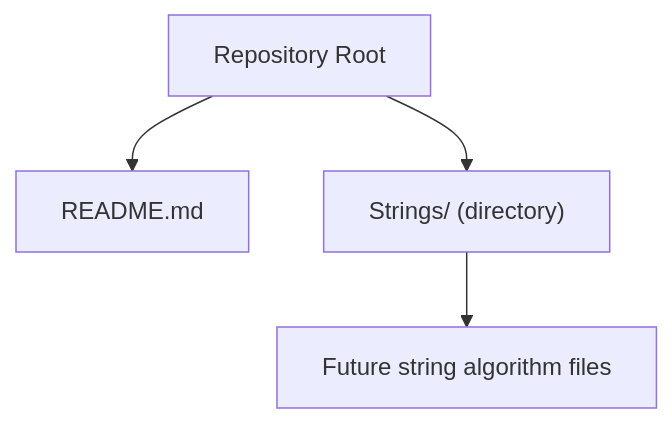
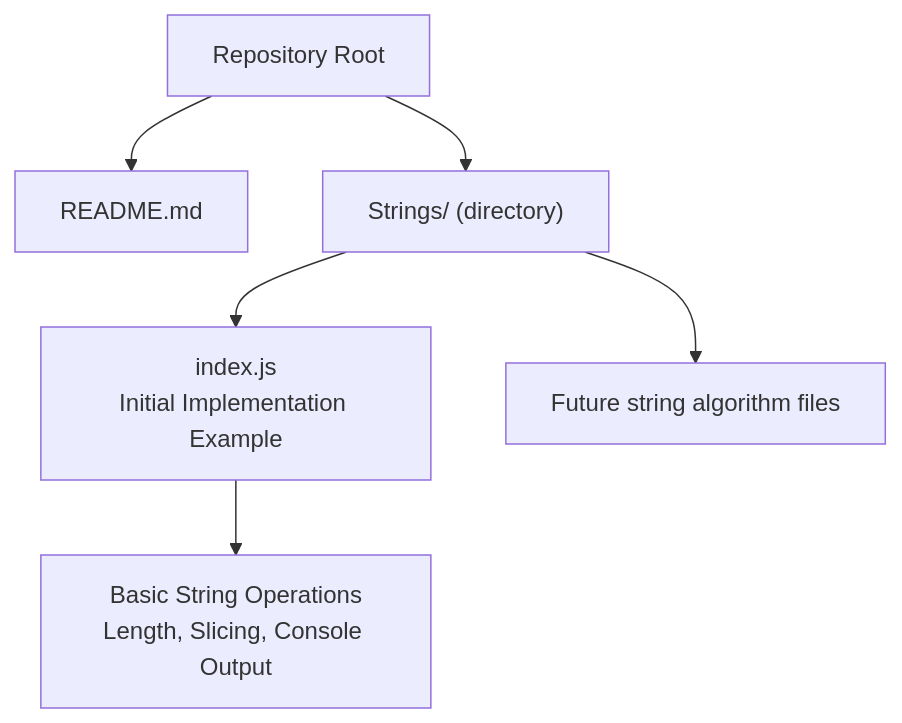
Before and after one commit to pawarrishi/dsa_prep: the first of 8 diagrams in .qoder/repowiki/en/content/String Algorithms.md, drawn with Mermaid. The commit also changed other lines of this file and 4 other files, not shown here.

````diff
--- a/.qoder/repowiki/en/content/String Algorithms.md
+++ b/.qoder/repowiki/en/content/String Algorithms.md
@@ -28,6 +36,8 @@
 ```mermaid
 graph TB
 Repo["Repository Root"] --> Readme["README.md"]
 Repo --> StringsDir["Strings/ (directory)"]
+StringsDir --> IndexJS["index.js<br/>Initial Implementation Example"]
+IndexJS --> BasicOps["Basic String Operations<br/>Length, Slicing, Console Output"]
 StringsDir --> FutureFiles["Future string algorithm files"]
 ```
````
